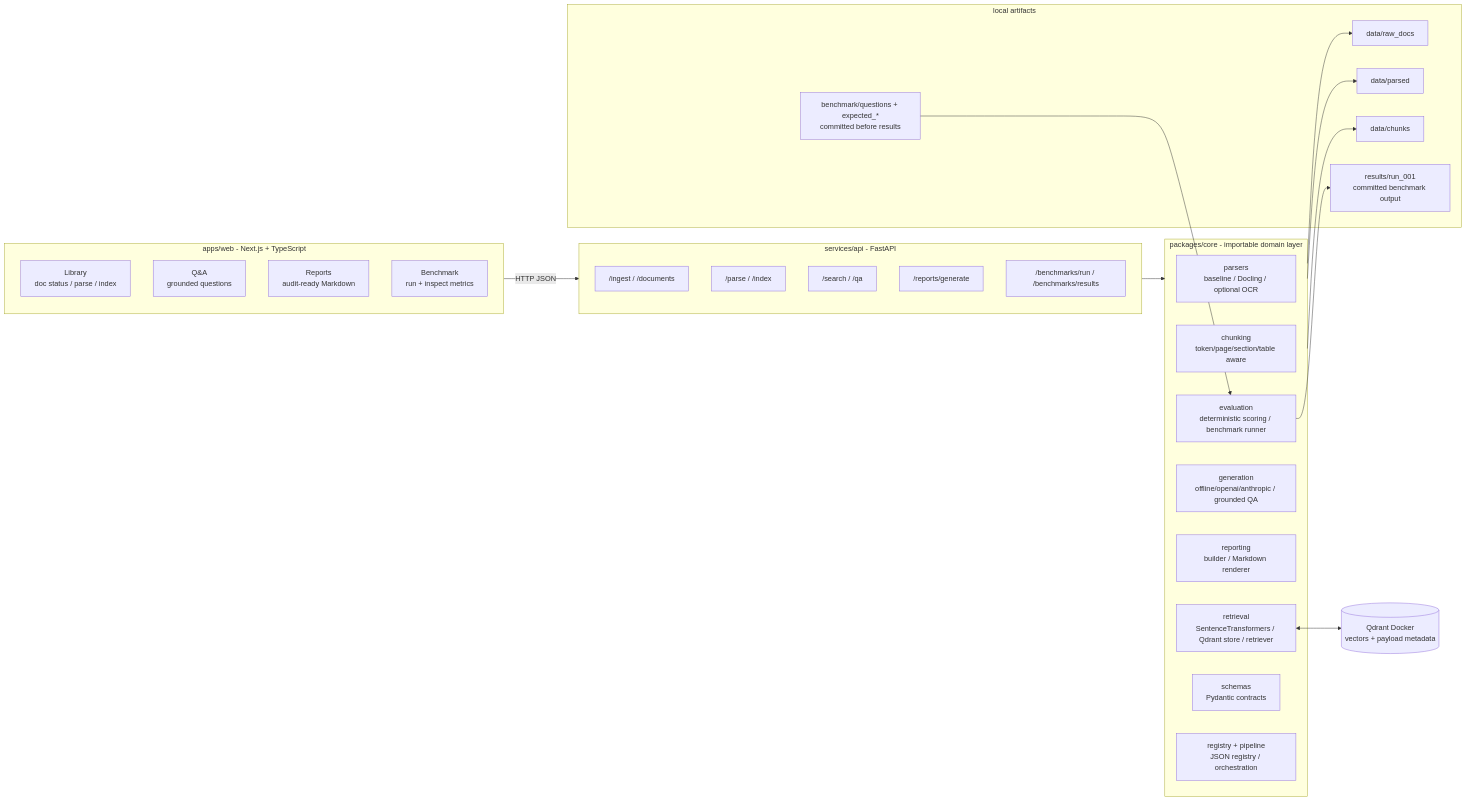
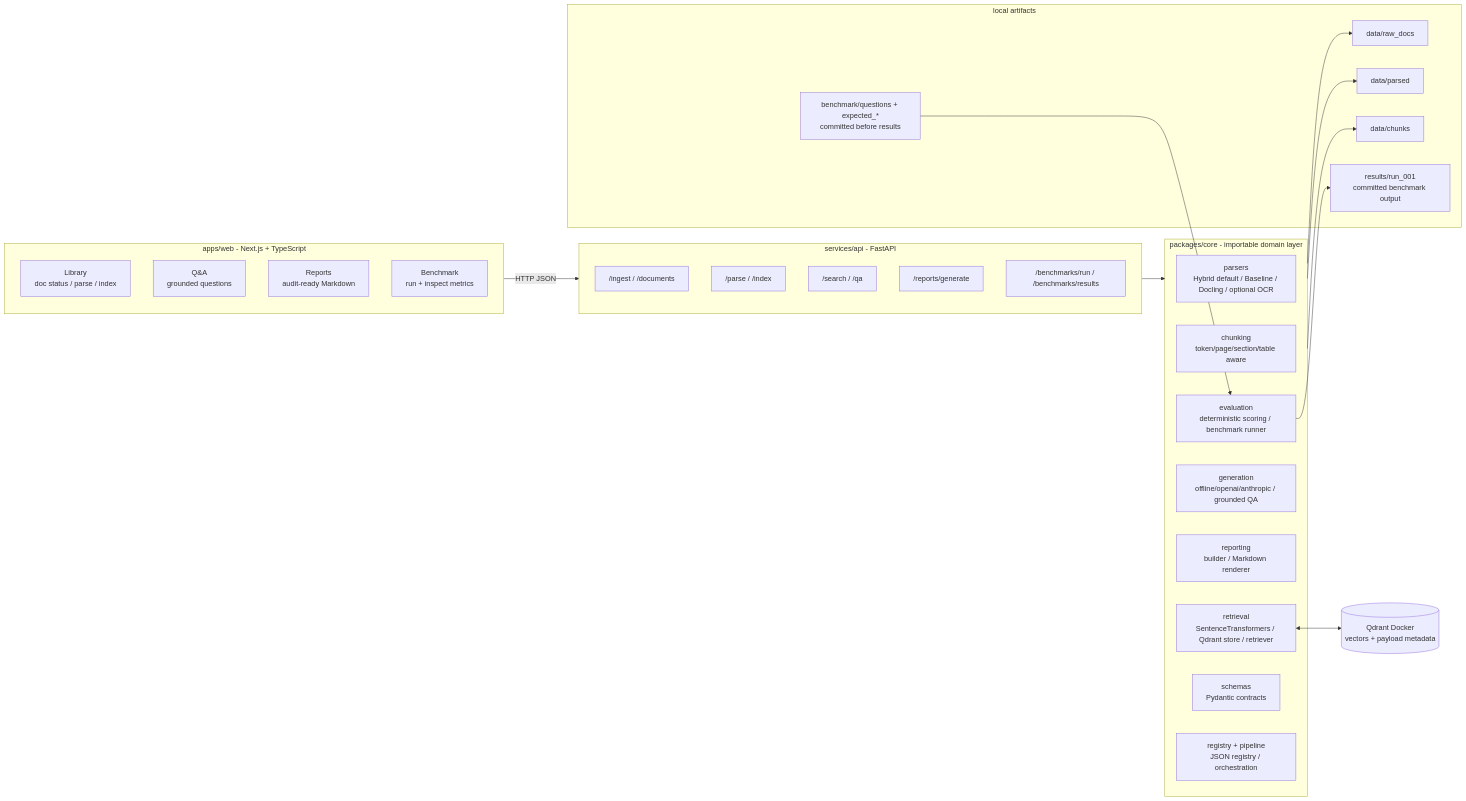
Before and after one commit to bede-lau/Mini-Doc: the diagram in README.md, drawn with Mermaid. The commit also changed other lines of this file and 57 other files, not shown here.

First line of the commit message:
Add hybrid parser, PDF reports, doc delete; fix docling memory + status semantics

````diff
--- a/README.md
+++ b/README.md
@@ -48,47 +49,47 @@
 ```mermaid
 flowchart LR
     subgraph UI["apps/web - Next.js + TypeScript"]
         Library["Library<br/>doc status / parse / index"]
         QA["Q&A<br/>grounded questions"]
         Reports["Reports<br/>audit-ready Markdown"]
         Bench["Benchmark<br/>run + inspect metrics"]
     end
 
     subgraph API["services/api - FastAPI"]
         Ingest["/ingest / /documents"]
         Parse["/parse / /index"]
         Search["/search / /qa"]
         ReportAPI["/reports/generate"]
         BenchAPI["/benchmarks/run / /benchmarks/results"]
     end
 
     subgraph Core["packages/core - importable domain layer"]
-        Parsers["parsers<br/>baseline / Docling / optional OCR"]
+        Parsers["parsers<br/>Hybrid default / Baseline / Docling / optional OCR"]
         Chunking["chunking<br/>token/page/section/table aware"]
         Retrieval["retrieval<br/>SentenceTransformers / Qdrant store / retriever"]
         Generation["generation<br/>offline/openai/anthropic / grounded QA"]
         Reporting["reporting<br/>builder / Markdown renderer"]
         Eval["evaluation<br/>deterministic scoring / benchmark runner"]
         Schemas["schemas<br/>Pydantic contracts"]
         Registry["registry + pipeline<br/>JSON registry / orchestration"]
     end
 
     subgraph Data["local artifacts"]
         Raw["data/raw_docs"]
         Parsed["data/parsed"]
         Chunks["data/chunks"]
         Results["results/run_001<br/>committed benchmark output"]
         Questions["benchmark/questions + expected_*<br/>committed before results"]
     end
 
     Vector[("Qdrant Docker<br/>vectors + payload metadata")]
 
     UI -->|HTTP JSON| API
     API --> Core
     Core --> Raw
     Core --> Parsed
     Core --> Chunks
     Retrieval <--> Vector
     Eval --> Results
     Questions --> Eval
 ```
````
